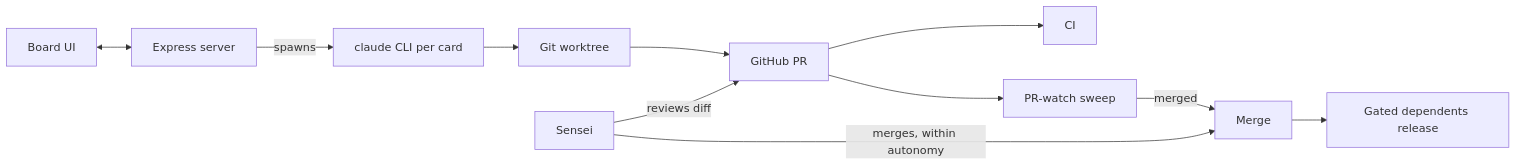
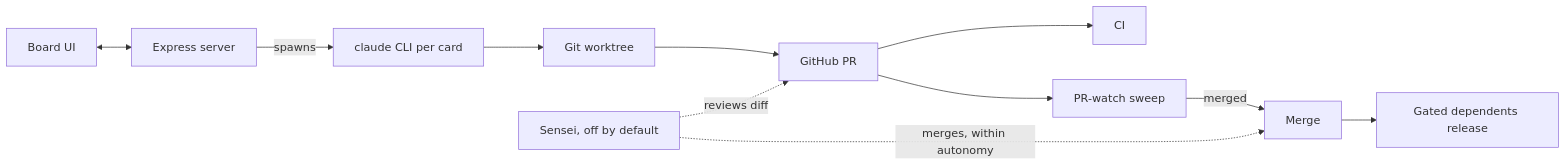
Before and after one commit to LeahyCC/kungfu-kanban: the diagram in README.md, drawn with Mermaid. The commit also changed other lines of this file and 14 other files, not shown here.

First line of the commit message:
Default the Sensei off and let the session own its cards

````diff
--- a/README.md
+++ b/README.md
@@ -96,13 +96,13 @@
 ```mermaid
 flowchart LR
     UI[Board UI] <--> Server[Express server]
     Server -->|spawns| CLI[claude CLI per card]
     CLI --> WT[Git worktree]
     WT --> PR[GitHub PR]
     PR --> CI[CI]
     PR --> Watch[PR-watch sweep]
     Watch -->|merged| Merge[Merge]
-    Sensei[Sensei] -->|reviews diff| PR
-    Sensei -->|merges, within autonomy| Merge
+    Sensei[Sensei, off by default] -.->|reviews diff| PR
+    Sensei -.->|merges, within autonomy| Merge
     Merge --> Deps[Gated dependents release]
 ```
````
